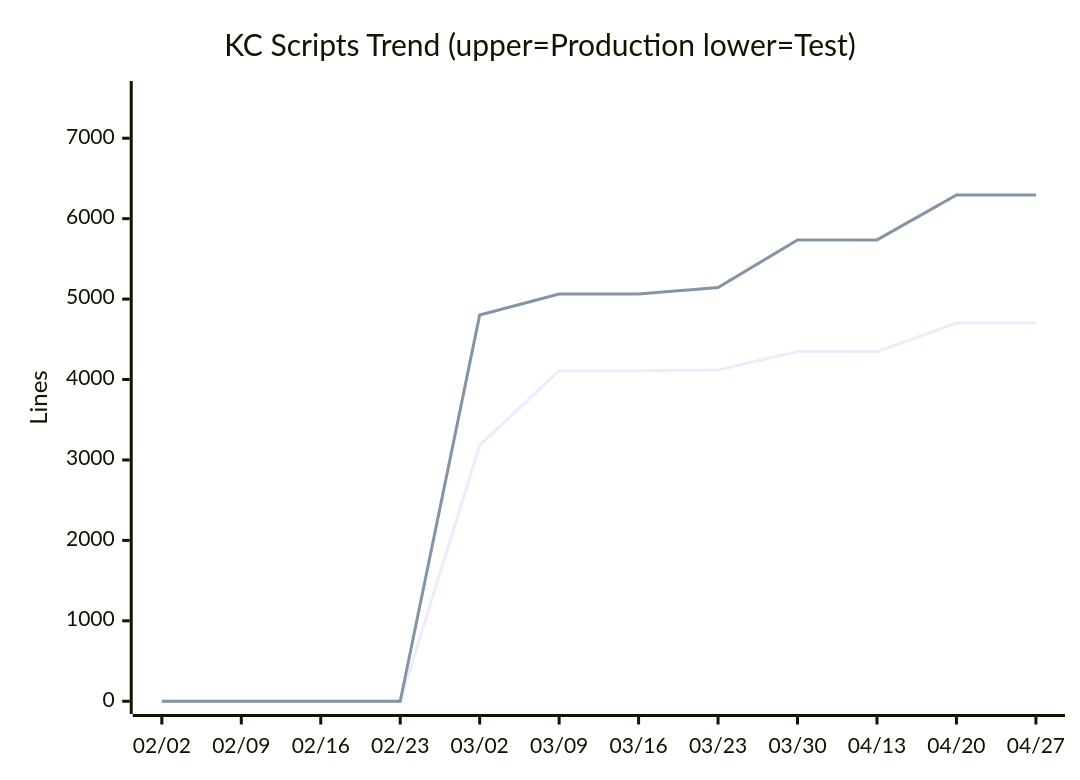
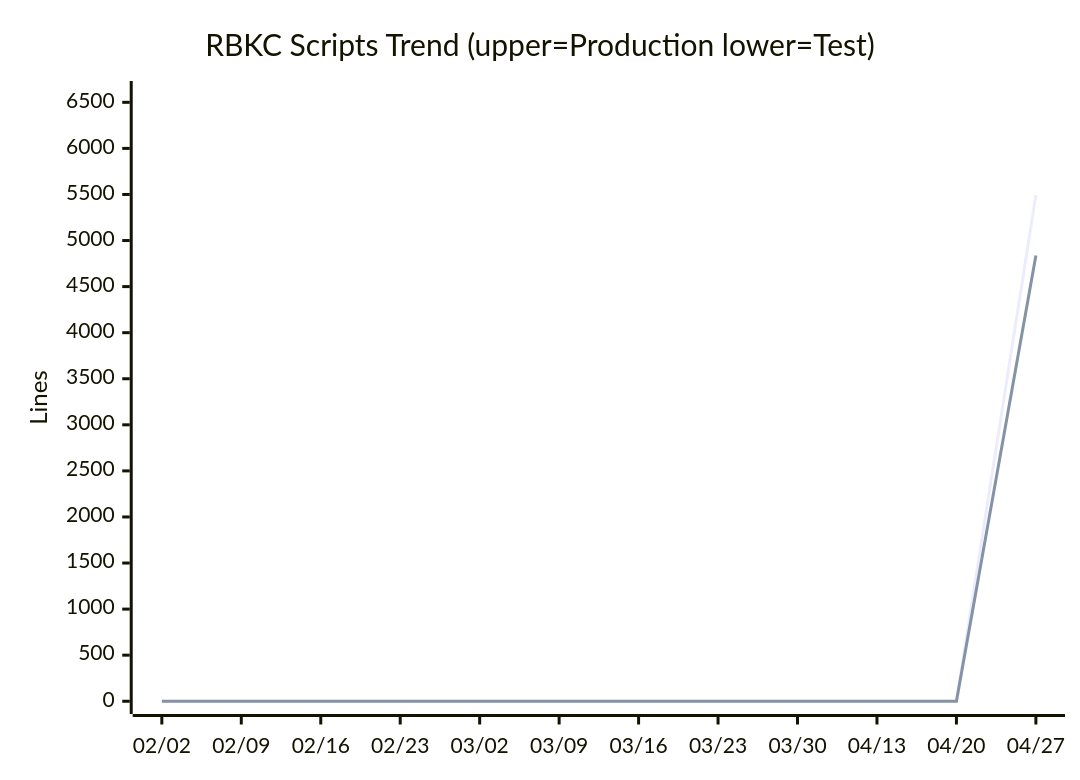
One commit to nablarch/nabledge-dev changed diagram 11 of 14 in docs/metrics.md. Above: the diagram before and after it, drawn with Mermaid. The commit also changed other lines of this file, not shown here.

````diff
--- a/docs/metrics.md
+++ b/docs/metrics.md
@@ -144,8 +144,8 @@
 ```mermaid
 xychart-beta
-  title "KC Scripts Trend (upper=Production  lower=Test)"
+  title "RBKC Scripts Trend (upper=Production  lower=Test)"
   x-axis ["02/02", "02/09", "02/16", "02/23", "03/02", "03/09", "03/16", "03/23", "03/30", "04/13", "04/20", "04/27"]
-  y-axis "Lines" 0 --> 7553
-  line [0, 0, 0, 0, 3183, 4109, 4109, 4119, 4347, 4347, 4703, 4703]
-  line [0, 0, 0, 0, 4802, 5064, 5064, 5145, 5736, 5736, 6294, 6294]
+  y-axis "Lines" 0 --> 6593
+  line [0, 0, 0, 0, 0, 0, 0, 0, 0, 0, 0, 5494]
+  line [0, 0, 0, 0, 0, 0, 0, 0, 0, 0, 0, 4837]
 ```
````
